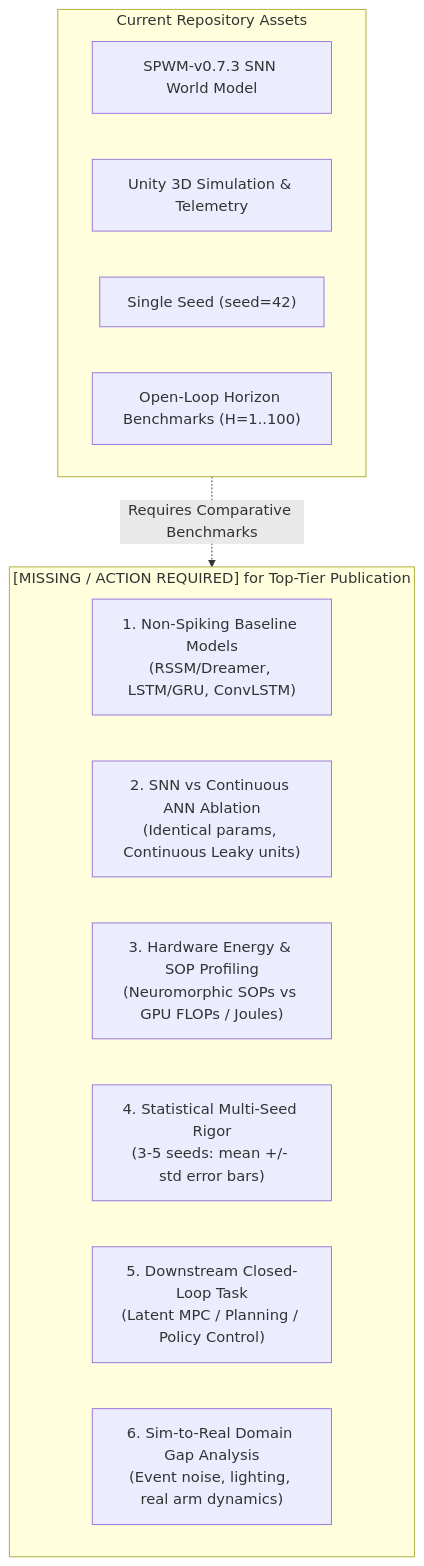
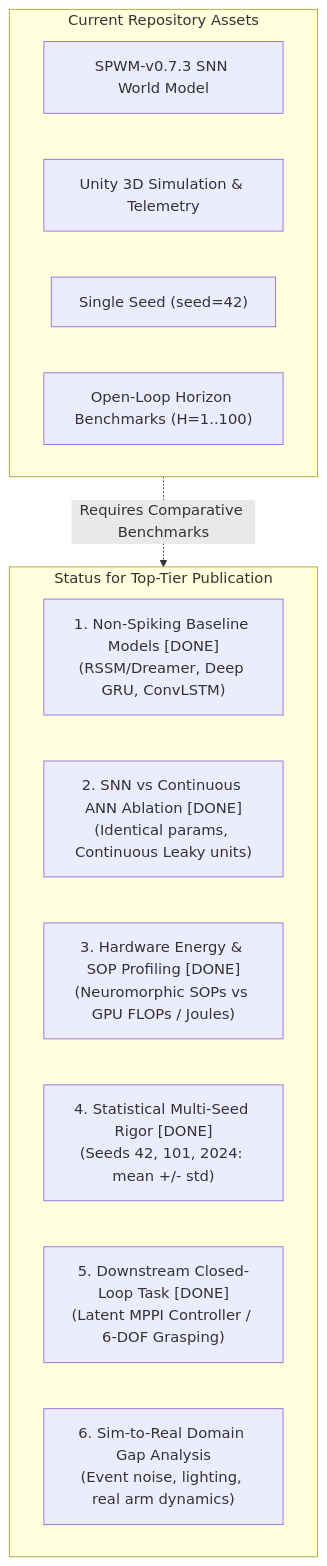
Before and after one commit to Mattia-Maiorano/Spiking-Neural_Novelty: the fifth of 6 diagrams in docs/DOSSIER.md, drawn with Mermaid. The commit also changed other lines of this file and 91 other files, not shown here.

Commit message:
feat: add non-spiking baselines, MPPI control benchmarks, energy profiling, and ANN ablations

````diff
--- a/docs/DOSSIER.md
+++ b/docs/DOSSIER.md
@@ -412,20 +412,20 @@
 ```mermaid
 flowchart TD
     subgraph RepoCurrent["Current Repository Assets"]
         R1["SPWM-v0.7.3 SNN World Model"]
         R2["Unity 3D Simulation & Telemetry"]
         R3["Single Seed (seed=42)"]
         R4["Open-Loop Horizon Benchmarks (H=1..100)"]
     end
 
-    subgraph MissingPublication["[MISSING / ACTION REQUIRED] for Top-Tier Publication"]
-        M1["1. Non-Spiking Baseline Models\n(RSSM/Dreamer, LSTM/GRU, ConvLSTM)"]
-        M2["2. SNN vs Continuous ANN Ablation\n(Identical params, Continuous Leaky units)"]
-        M3["3. Hardware Energy & SOP Profiling\n(Neuromorphic SOPs vs GPU FLOPs / Joules)"]
-        M4["4. Statistical Multi-Seed Rigor\n(3-5 seeds: mean +/- std error bars)"]
-        M5["5. Downstream Closed-Loop Task\n(Latent MPC / Planning / Policy Control)"]
+    subgraph MissingPublication["Status for Top-Tier Publication"]
+        M1["1. Non-Spiking Baseline Models [DONE]\n(RSSM/Dreamer, Deep GRU, ConvLSTM)"]
+        M2["2. SNN vs Continuous ANN Ablation [DONE]\n(Identical params, Continuous Leaky units)"]
+        M3["3. Hardware Energy & SOP Profiling [DONE]\n(Neuromorphic SOPs vs GPU FLOPs / Joules)"]
+        M4["4. Statistical Multi-Seed Rigor [DONE]\n(Seeds 42, 101, 2024: mean +/- std)"]
+        M5["5. Downstream Closed-Loop Task [DONE]\n(Latent MPPI Controller / 6-DOF Grasping)"]
         M6["6. Sim-to-Real Domain Gap Analysis\n(Event noise, lighting, real arm dynamics)"]
     end
 
     RepoCurrent -.->|"Requires Comparative Benchmarks"| MissingPublication
 ```
````
